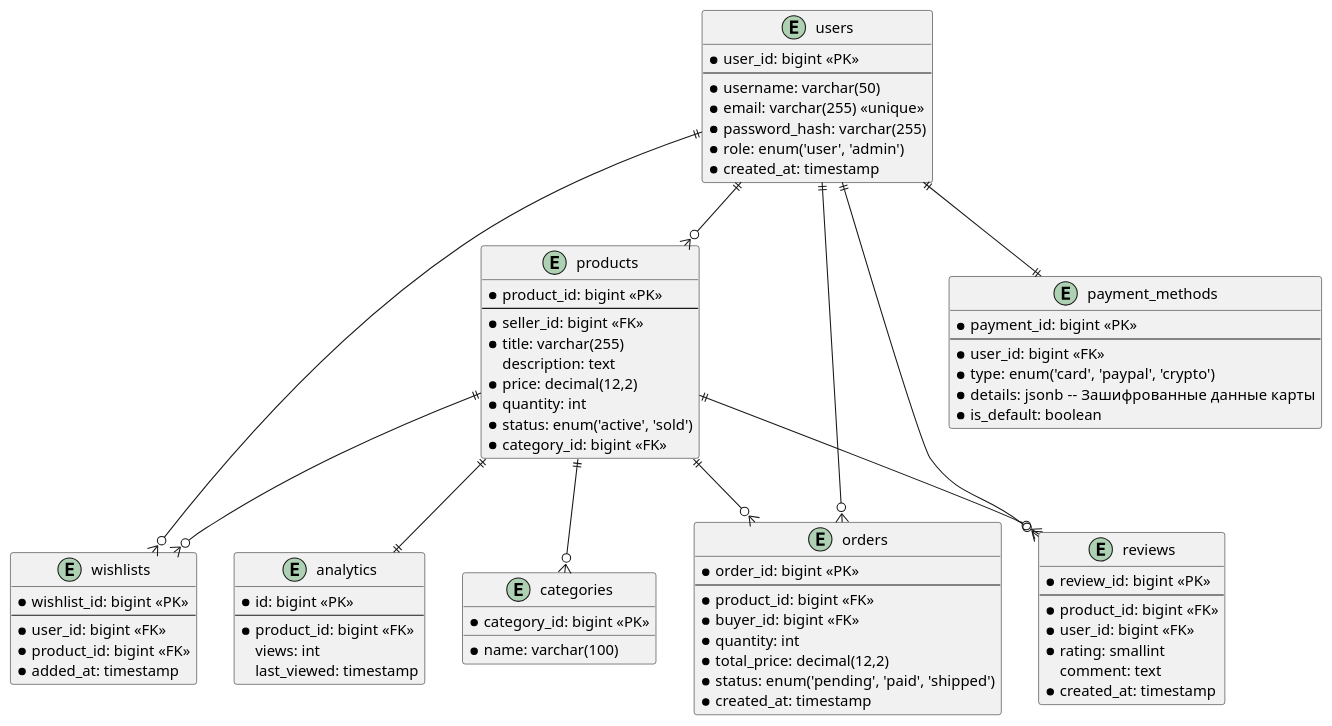
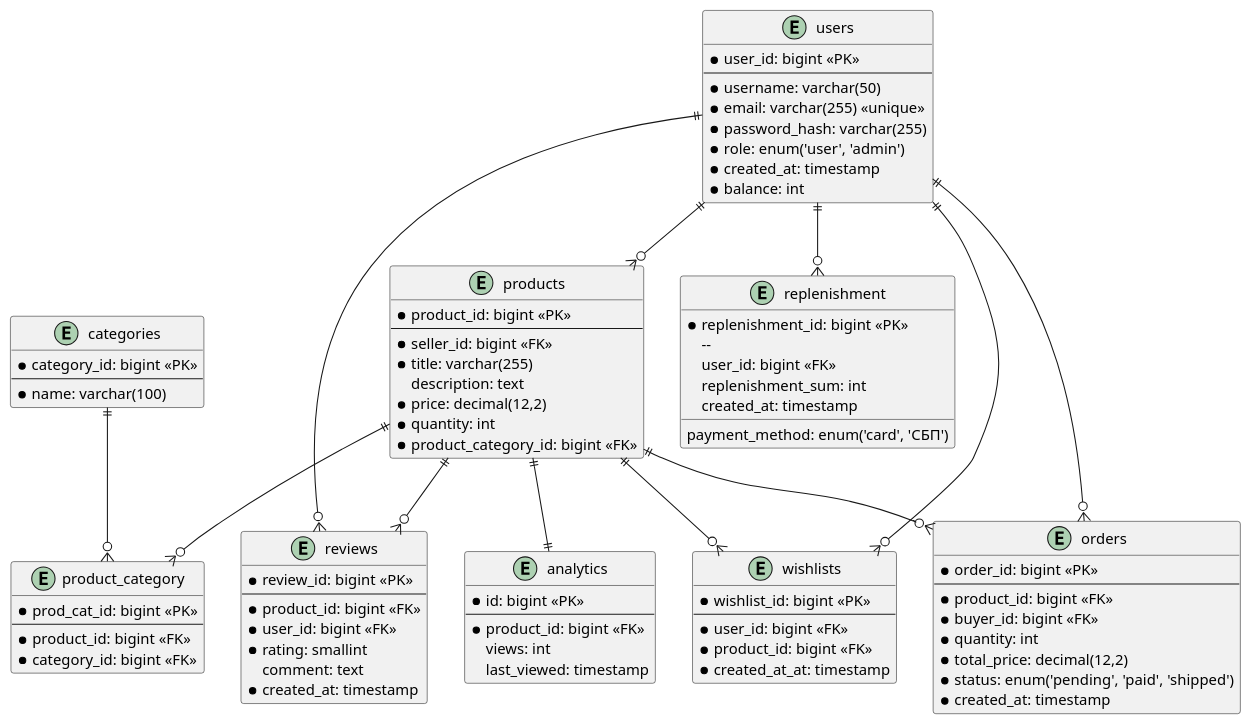
Before and after one commit to SempaiTakoo/pon-shop: the diagram in docs/Scheme.plantuml, drawn with PlantUML.

```diff
--- a/docs/Scheme.plantuml
+++ b/docs/Scheme.plantuml
@@ -1,88 +1,98 @@
 @startuml ecommerce_db_fixed
 
 entity users {
   * user_id: bigint <<PK>>
   --
   * username: varchar(50)
   * email: varchar(255) <<unique>>
   * password_hash: varchar(255)
   * role: enum('user', 'admin')
   * created_at: timestamp
+  * balance: int
 }
 
 entity wishlists {
   * wishlist_id: bigint <<PK>>
   --
   * user_id: bigint <<FK>>
   * product_id: bigint <<FK>>
-  * added_at: timestamp
+  * created_at_at: timestamp
 }
 
-entity payment_methods {
-  * payment_id: bigint <<PK>>
-  --
-  * user_id: bigint <<FK>>
-  * type: enum('card', 'paypal', 'crypto')
-  * details: jsonb  -- Зашифрованные данные карты
-  * is_default: boolean
+entity replenishment {
+  * replenishment_id: bigint <<PK>>
+  -- 
+  user_id: bigint <<FK>>
+  replenishment_sum: int
+  payment_method: enum('card', 'СБП')
+  created_at: timestamp
 }
+
 
 entity products {
   * product_id: bigint <<PK>>
   --
   * seller_id: bigint <<FK>>
   * title: varchar(255)
   description: text
   * price: decimal(12,2)
   * quantity: int
-  * status: enum('active', 'sold')
+  * product_category_id: bigint <<FK>>
+}
+
+entity product_category {
+  * prod_cat_id: bigint <<PK>>
+  --
+  * product_id: bigint <<FK>>
   * category_id: bigint <<FK>>
 }
 
 entity categories {
   * category_id: bigint <<PK>>
+  --
   * name: varchar(100)
 }
 
 entity orders {
   * order_id: bigint <<PK>>
   --
   * product_id: bigint <<FK>>
   * buyer_id: bigint <<FK>>
   * quantity: int
   * total_price: decimal(12,2)
   * status: enum('pending', 'paid', 'shipped')
   * created_at: timestamp
 }
 
 entity reviews {
   * review_id: bigint <<PK>>
   --
   * product_id: bigint <<FK>>
   * user_id: bigint <<FK>>
   * rating: smallint
   comment: text
   * created_at: timestamp
 }
 
 entity analytics {
   * id: bigint <<PK>>
   --
   * product_id: bigint <<FK>>
   views: int
   last_viewed: timestamp
 }
 
 ' Связи
 users ||--o{ orders 
 users ||--o{ products
 products ||--o{ orders
 products ||--o{ reviews
 products ||--|| analytics
 users ||--o{ reviews
 users ||--o{ wishlists
 products ||--o{ wishlists
-users ||--|| payment_methods
-products ||--o{ categories
+users ||--o{ replenishment
+products ||--o{ product_category
+categories ||--o{ product_category
 
 @enduml
```
